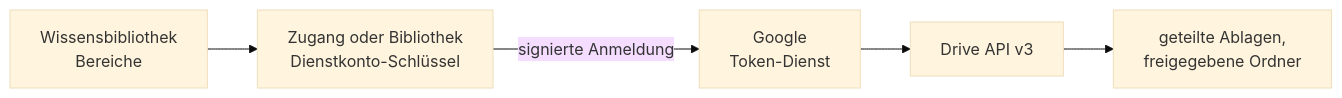
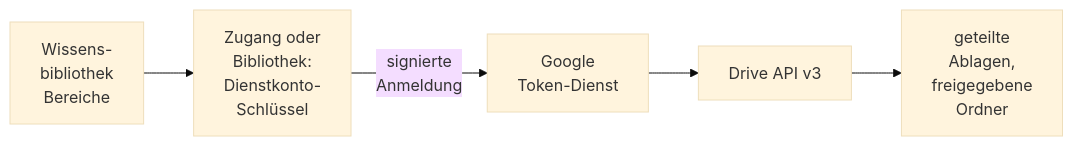
Before and after one commit to criew/opaa: the diagram in docs/handbuch/konnektoren/google-drive.md, drawn with Mermaid (base theme). The commit also changed 13 other files, not shown here.

First line of the commit message:
docs(handbuch): Mermaid-Beschriftungen umbrechen und Verweise auf Konnektor-Abschnitte nachziehen

````diff
--- a/docs/handbuch/konnektoren/google-drive.md
+++ b/docs/handbuch/konnektoren/google-drive.md
@@ -9,7 +9,7 @@
 ```mermaid
 flowchart LR
-    B[Wissensbibliothek<br/>Bereiche] --> Z[Zugang oder Bibliothek<br/>Dienstkonto-Schlüssel]
-    Z -->|signierte Anmeldung| T[Google<br/>Token-Dienst]
+    B[Wissens-<br/>bibliothek<br/>Bereiche] --> Z[Zugang oder<br/>Bibliothek:<br/>Dienstkonto-<br/>Schlüssel]
+    Z -->|signierte<br/>Anmeldung| T[Google<br/>Token-Dienst]
     T --> A[Drive API v3]
-    A --> D[geteilte Ablagen,<br/>freigegebene Ordner]
+    A --> D[geteilte<br/>Ablagen,<br/>freigegebene<br/>Ordner]
 ```
````
